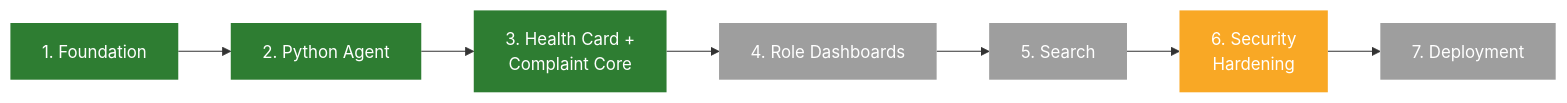
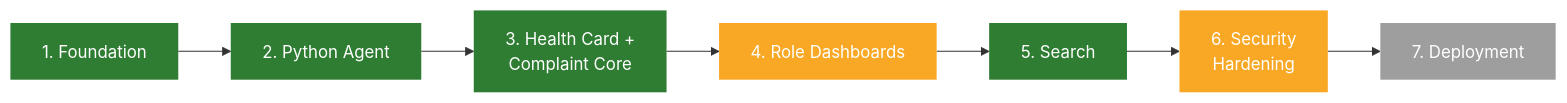
The diagram in backend/docs/phases.md (Codewith-soham/LabMon), drawn with Mermaid before and after one commit. The commit also changed other lines of this file and 14 other files, not shown here.

First line of the commit message:
Refactor PC sync and lookup endpoints; enhance documentation and roadmap

````diff
--- a/backend/docs/phases.md
+++ b/backend/docs/phases.md
@@ -6,8 +6,8 @@
 ```mermaid
 flowchart LR
-    P1["1. Foundation"]:::done --> P2["2. Python Agent"]:::done --> P3["3. Health Card +\nComplaint Core"]:::done --> P4["4. Role Dashboards"]:::todo --> P5["5. Search"]:::todo --> P6["6. Security\nHardening"]:::partial --> P7["7. Deployment"]:::todo
+    P1["1. Foundation"]:::done --> P2["2. Python Agent"]:::done --> P3["3. Health Card +\nComplaint Core"]:::done --> P4["4. Role Dashboards"]:::partial --> P5["5. Search"]:::done --> P6["6. Security\nHardening"]:::partial --> P7["7. Deployment"]:::todo
 
     classDef done fill:#2e7d32,color:#fff,stroke:none
     classDef todo fill:#9e9e9e,color:#fff,stroke:none
     classDef partial fill:#f9a825,color:#fff,stroke:none
 ```
````
